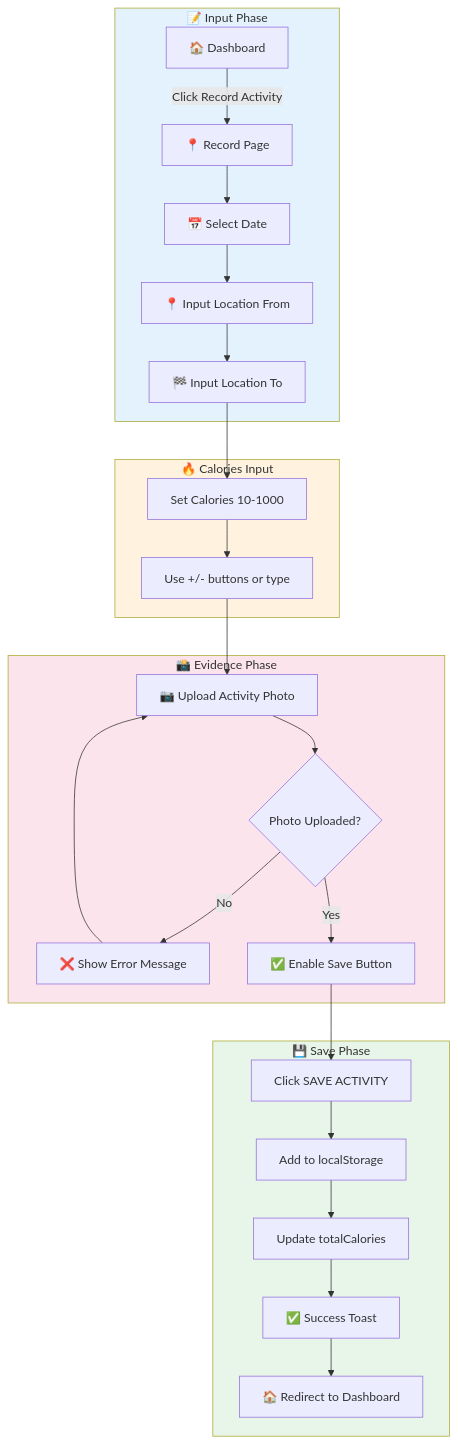
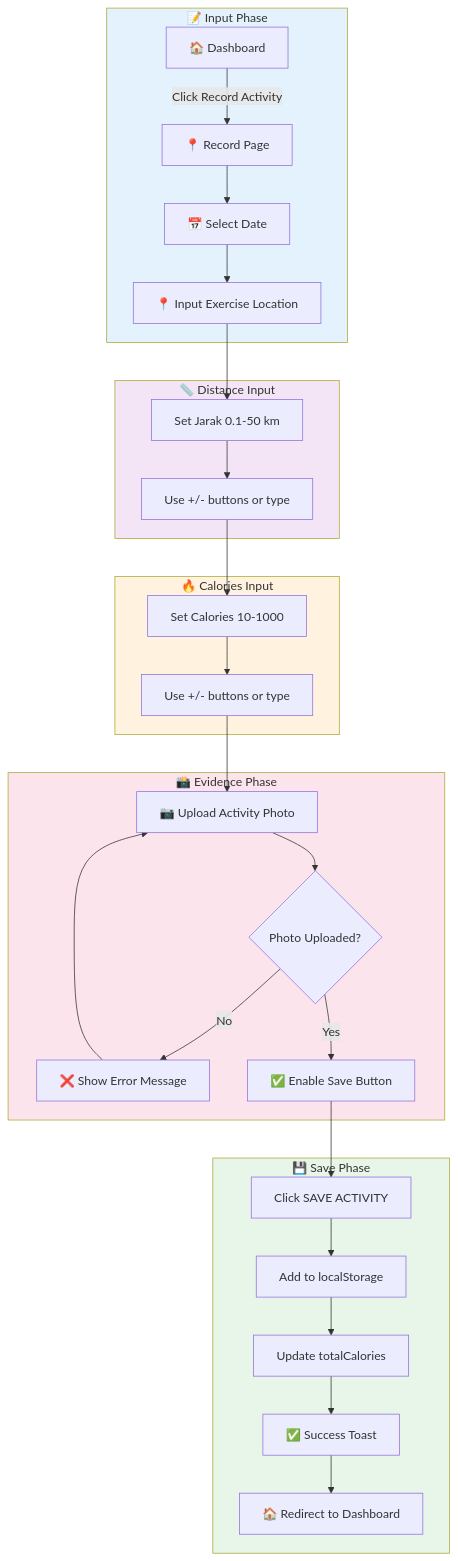
One commit to ilhaminudin24/ITDigital-wellbeing changed the second of 10 diagrams in docs/core_process.md. Above: the diagram before and after it, drawn with Mermaid. The commit also changed other lines of this file and 8 other files, not shown here.

````diff
--- a/docs/core_process.md
+++ b/docs/core_process.md
@@ -108,35 +108,40 @@
 ```mermaid
 flowchart TD
     subgraph Input["📝 Input Phase"]
         A[🏠 Dashboard] -->|Click Record Activity| B[📍 Record Page]
         B --> C[📅 Select Date]
-        C --> D[📍 Input Location From]
-        D --> E[🏁 Input Location To]
+        C --> D[📍 Input Exercise Location]
+    end
+
+    subgraph Distance["📏 Distance Input"]
+        D --> E[Set Jarak 0.1-50 km]
+        E --> F[Use +/- buttons or type]
     end
 
     subgraph Calories["🔥 Calories Input"]
-        E --> F[Set Calories 10-1000]
-        F --> G[Use +/- buttons or type]
+        F --> G[Set Calories 10-1000]
+        G --> H[Use +/- buttons or type]
     end
 
     subgraph Evidence["📸 Evidence Phase"]
-        G --> H[📷 Upload Activity Photo]
-        H --> I{Photo Uploaded?}
-        I -->|No| J[❌ Show Error Message]
-        J --> H
-        I -->|Yes| K[✅ Enable Save Button]
+        H --> I[📷 Upload Activity Photo]
+        I --> J{Photo Uploaded?}
+        J -->|No| K[❌ Show Error Message]
+        K --> I
+        J -->|Yes| L[✅ Enable Save Button]
     end
 
     subgraph Save["💾 Save Phase"]
-        K --> L[Click SAVE ACTIVITY]
-        L --> M[Add to localStorage]
-        M --> N[Update totalCalories]
-        N --> O[✅ Success Toast]
-        O --> P[🏠 Redirect to Dashboard]
+        L --> M[Click SAVE ACTIVITY]
+        M --> N[Add to localStorage]
+        N --> O[Update totalCalories]
+        O --> P[✅ Success Toast]
+        P --> Q[🏠 Redirect to Dashboard]
     end
 
     style Input fill:#e3f2fd
+    style Distance fill:#f3e5f5
     style Calories fill:#fff3e0
     style Evidence fill:#fce4ec
     style Save fill:#e8f5e9
 ```
````
